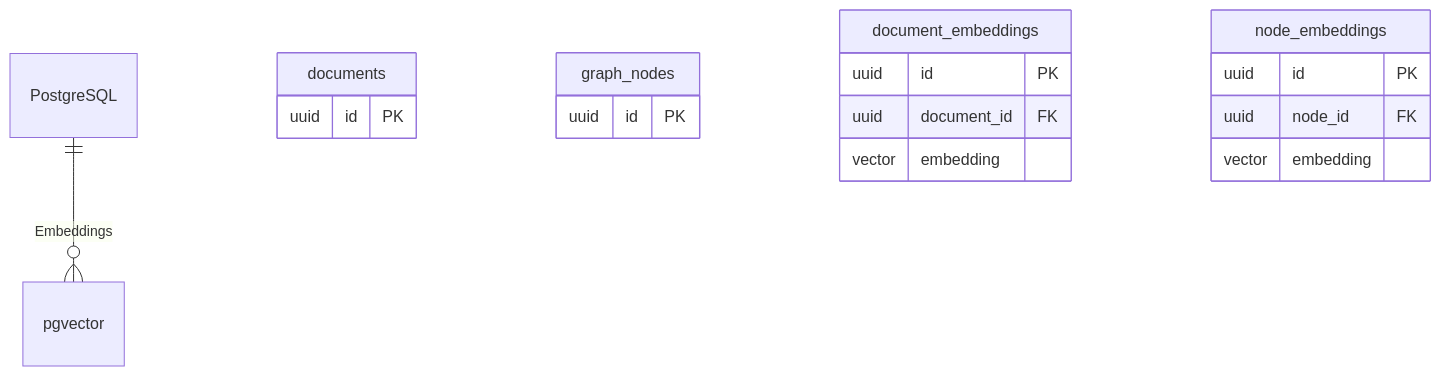
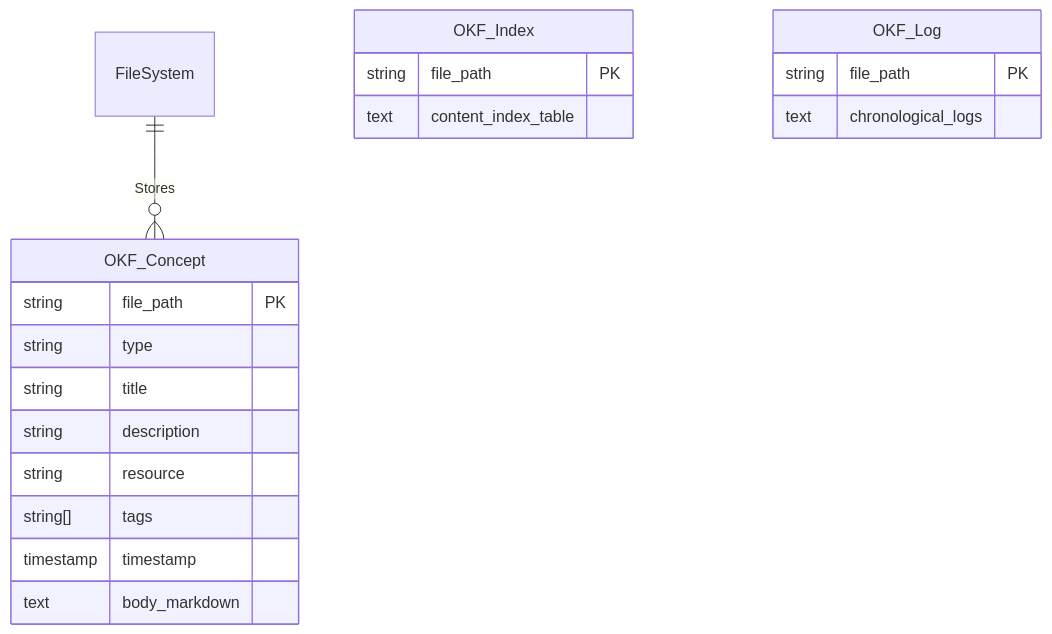
One commit to OpenHealthAgents/AI-RxOS changed diagram 16 of 21 in architecture/09-er-diagrams.md. Above: the diagram before and after it, drawn with Mermaid. The commit also changed other lines of this file and 13 other files, not shown here.

Commit message:
docs: Migrate from PGVector to LLM Wiki (OKF/qmd) and integrate Better Auth across requirement documents & deployment diagrams

````diff
--- a/architecture/09-er-diagrams.md
+++ b/architecture/09-er-diagrams.md
@@ -1186,24 +1190,25 @@
 ```mermaid
 erDiagram
-    PostgreSQL ||--o{ pgvector : "Embeddings"
+    FileSystem ||--o{ OKF_Concept : "Stores"
     
-    documents {
-        uuid id PK
+    OKF_Concept {
+        string file_path PK
+        string type
+        string title
+        string description
+        string resource
+        string[] tags
+        timestamp timestamp
+        text body_markdown
     }
     
-    graph_nodes {
-        uuid id PK
+    OKF_Index {
+        string file_path PK
+        text content_index_table
     }
     
-    document_embeddings {
-        uuid id PK
-        uuid document_id FK
-        vector embedding
-    }
-    
-    node_embeddings {
-        uuid id PK
-        uuid node_id FK
-        vector embedding
+    OKF_Log {
+        string file_path PK
+        text chronological_logs
     }
 ```
````
